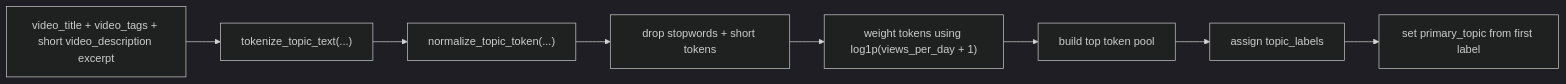
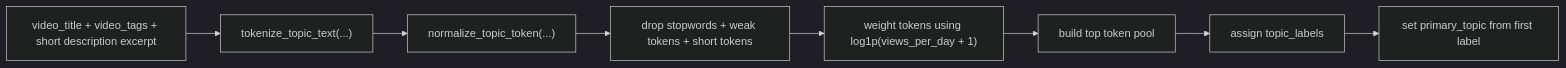
One commit to AsherJ07/purdue-youtube-ip-new changed the fifth of 8 diagrams in docs/ARCHITECTURE.md. Above: the diagram before and after it, drawn with Mermaid (dark theme). The commit also changed other lines of this file and 3 other files, not shown here.

````diff
--- a/docs/ARCHITECTURE.md
+++ b/docs/ARCHITECTURE.md
@@ -161,10 +184,10 @@
 ```mermaid
 flowchart LR
-    A["video_title + video_tags + short video_description excerpt"] --> B["tokenize_topic_text(...)"]
+    A["video_title + video_tags + short description excerpt"] --> B["tokenize_topic_text(...)"]
     B --> C["normalize_topic_token(...)"]
-    C --> D["drop stopwords + short tokens"]
+    C --> D["drop stopwords + weak tokens + short tokens"]
     D --> E["weight tokens using log1p(views_per_day + 1)"]
     E --> F["build top token pool"]
     F --> G["assign topic_labels"]
     G --> H["set primary_topic from first label"]
 ```
````
